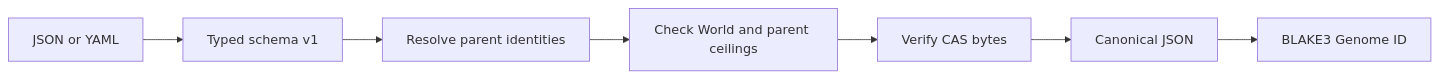
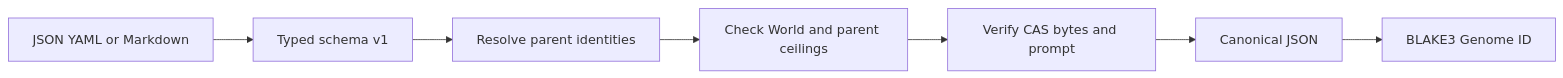
Before and after one commit to randyren278/hephaestus: the diagram in docs/GENOMES.md, drawn with Mermaid. The commit also changed other lines of this file and 15 other files, not shown here.

Commit message:
Add strict Markdown Genome authoring and prompt inspection

````diff
--- a/docs/GENOMES.md
+++ b/docs/GENOMES.md
@@ -35,9 +41,9 @@
 ```mermaid
 flowchart LR
-    Source[JSON or YAML] --> Schema[Typed schema v1]
+    Source[JSON YAML or Markdown] --> Schema[Typed schema v1]
     Schema --> Parents[Resolve parent identities]
     Parents --> Authority[Check World and parent ceilings]
-    Authority --> Artifacts[Verify CAS bytes]
+    Authority --> Artifacts[Verify CAS bytes and prompt]
     Artifacts --> Normalize[Canonical JSON]
     Normalize --> Identity[BLAKE3 Genome ID]
 ```
````
